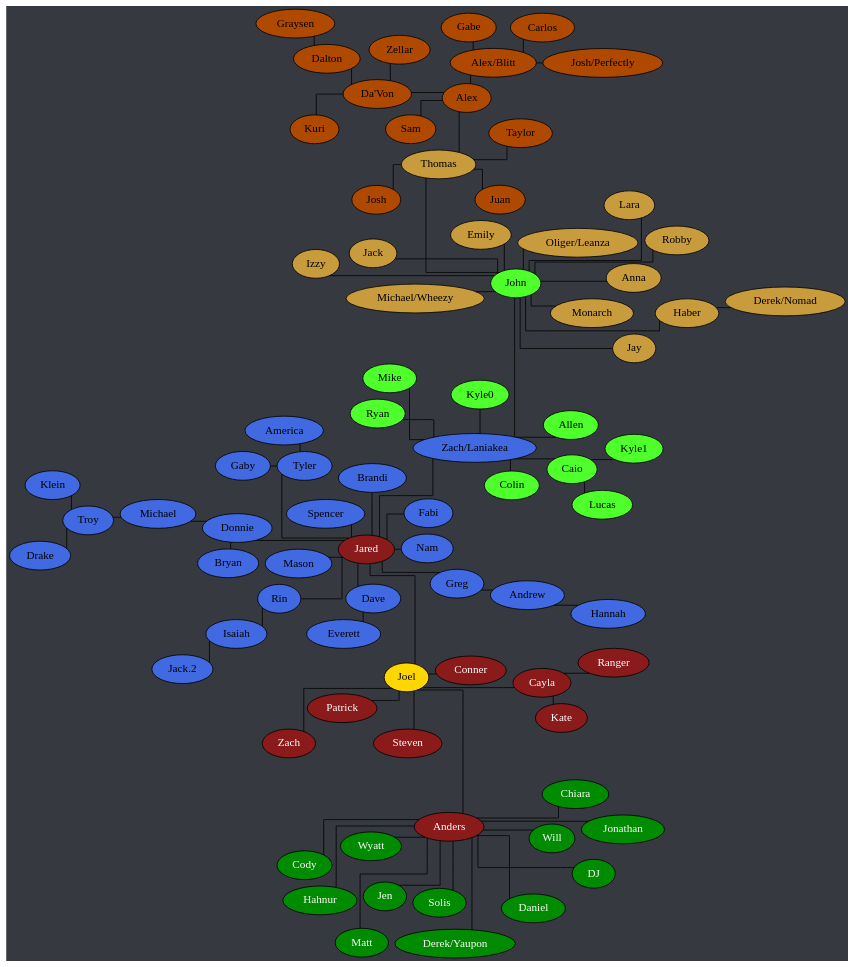
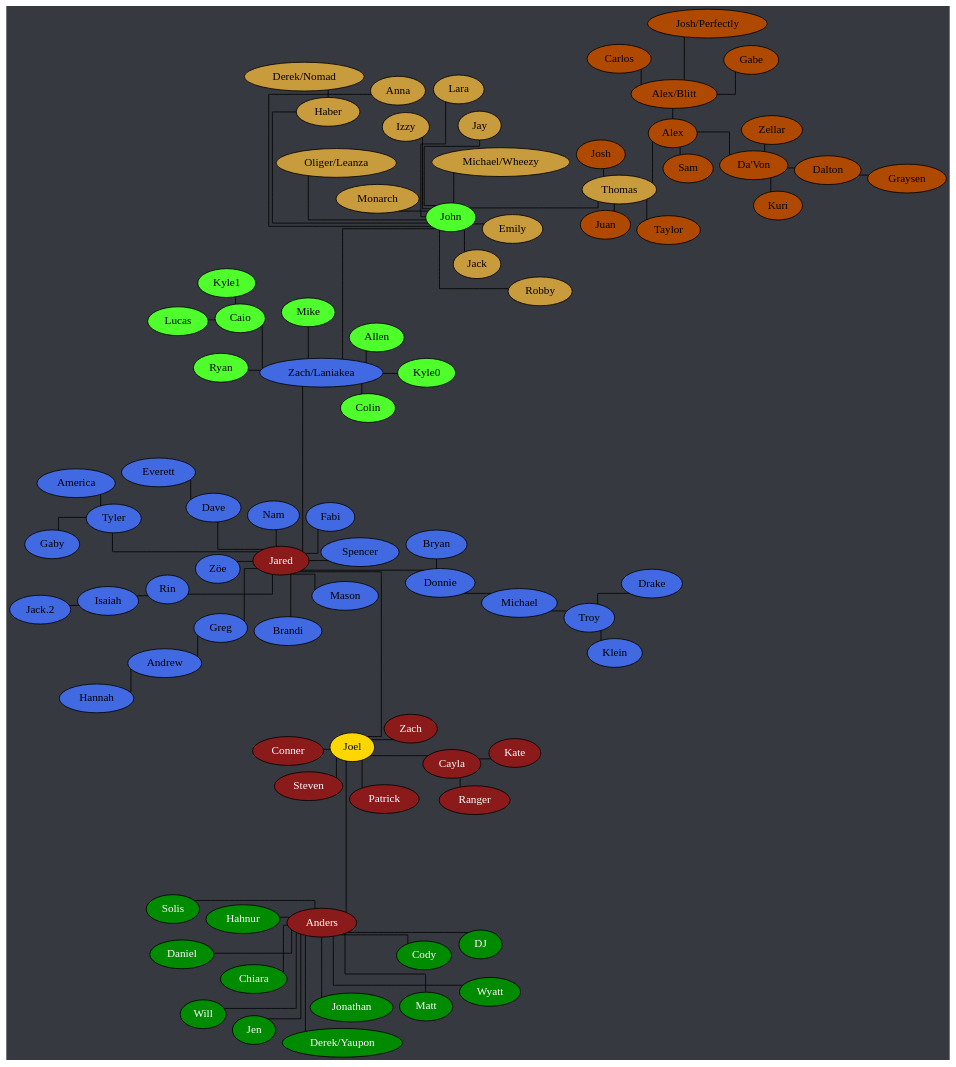
One commit to Documidas/CoronaCatzFamilyTree changed the diagram in tree.dot. Above: the diagram before and after it, drawn with Graphviz. The commit also changed 1 other file, not shown here.

Commit message:
Add Zöe

```diff
--- a/tree.dot
+++ b/tree.dot
@@ -1,129 +1,130 @@
 strict graph {
 	// Layout Configuration
 	layout = neato;
 	epsilon = 0.01;
 	mode = KK;
 	model = subset;
 	overlap = false;
 	splines = ortho;
 
 	// Visual Configuration
 	graph [truecolor=true bgcolor="#36393f"]
 	node [style=filled fillcolor="gray" fontcolor="black"]
 
 	subgraph "Joel" {
 		node [style=filled fillcolor="firebrick4" fontcolor="white"];
 		Joel [style=filled fillcolor="gold" fontcolor="black"];
 
 		Anders -- Joel;
 		Cayla -- Joel
 		Cayla -- Kate;
 		Cayla -- Ranger;
 		Joel -- Conner;
 		Joel -- Jared;
 		Joel -- Patrick;
 		Joel -- Steven;
 		Joel -- Zach;
 	}
 
 	subgraph "Anders" {
 		node [style=filled fillcolor="green4" fontcolor="white"];
 
 		Anders -- Chiara
 		Anders -- Cody;
 		Anders -- Daniel;
 		Anders -- "Derek/Yaupon";
 		Anders -- DJ;
 		Anders -- Hahnur;
 		Anders -- Jen;
 		Anders -- Jonathan;
 		Anders -- Matt;
 		Anders -- Solis;
 		Anders -- Will;
 		Anders -- Wyatt;
 	}
 
 	subgraph "Jared" {
 		node [style=filled fillcolor="royalblue" fontcolor="black"]
 
 		Andrew -- Hannah;
 		Dave -- Everett;
 		Donnie -- Bryan;
 		Donnie -- Michael;
 		Greg -- Andrew;
 		Isaiah -- "Jack.2";
 		Jared -- Brandi;
 		Jared -- Dave;
 		Jared -- Donnie;
 		Jared -- Fabi;
 		Jared -- Greg;
 		Jared -- Mason;
 		Jared -- Nam;
 		Jared -- Rin;
 		Jared -- Spencer;
 		Jared -- Tyler;
 		Jared -- "Zach/Laniakea";
+		Jared -- "Zöe";
 		Michael -- Troy;
 		Rin -- Isaiah;
 		Tyler -- America;
 		Tyler -- Gaby;
 		Troy -- Drake;
 		Troy -- Klein;
 	}
 
 	subgraph "Zach/Laniakea" {
 		node [style=filled fillcolor="#4eff2c" fontcolor="black"]
 
 		Caio -- Kyle1;
 		Caio -- Lucas;
 		"Zach/Laniakea" -- Allen;
 		"Zach/Laniakea" -- Caio;
 		"Zach/Laniakea" -- Colin;
 		"Zach/Laniakea" -- John [ len = 10 ];
 		"Zach/Laniakea" -- Kyle0;
 		"Zach/Laniakea" -- Mike;
 		"Zach/Laniakea" -- Ryan;
 	}
 
 	subgraph "John" {
 		node [style=filled fillcolor="#c89b3c" fontcolor="black"]
 
 		Haber -- "Derek/Nomad";
 		John -- Anna;
 		John -- Emily;
 		John -- Haber;
 		John -- Jay;
 		John -- Jack;
 		John -- Lara;
 		John -- Monarch;
 		John -- "Oliger/Leanza";
 		John -- Thomas;
 	}
 
 	subgraph "John-stream" {
 		// node [style=filled fillcolor="#9147ff" fontcolor="black"]
 		node [style=filled fillcolor="#c89b3c" fontcolor="black"]
 
 		John -- Izzy;
 		John -- "Michael/Wheezy";
 		John -- Robby;
 	}
 
 	subgraph "Thomas" {
 		node [style=filled fillcolor="#b04900" fontcolor="black"]
 		Alex -- "Da'Von";
 		Alex -- "Alex/Blitt";
 		Alex -- Sam;
 		"Alex/Blitt" -- Carlos;
 		"Alex/Blitt" -- Gabe;
 		"Alex/Blitt" -- "Josh/Perfectly";
 		Dalton -- Graysen;
 		"Da'Von" -- Dalton;
 		"Da'Von" -- Kuri;
 		"Da'Von" -- Zellar;
 		Thomas -- Alex;
 		Thomas -- Josh;
 		Thomas -- Juan;
 		Thomas -- Taylor;
 	}
 }
```
